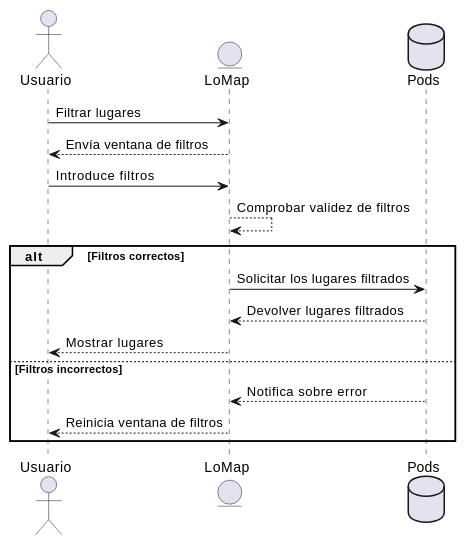
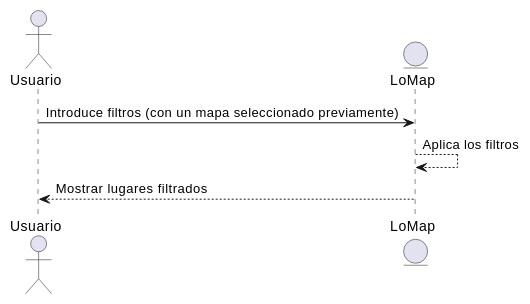
Before and after one commit to Arquisoft/lomap_es3c: the sixth of 16 diagrams in docs/06_runtime_view.adoc, drawn with PlantUML. The commit also changed other lines of this file, not shown here.

```diff
--- a/docs/06_runtime_view.adoc
+++ b/docs/06_runtime_view.adoc
@@ -106,18 +110,8 @@
 [plantuml,"Sequence diagram07",png]
 ----
 actor Usuario
 entity LoMap
-Usuario -> LoMap: Filtrar lugares
-LoMap--> Usuario: Envía ventana de filtros
-Usuario -> LoMap: Introduce filtros
-database Pod as "Pods"
-LoMap--> LoMap: Comprobar validez de filtros
-alt Filtros correctos
-LoMap-> Pod: Solicitar los lugares filtrados
-Pod--> LoMap: Devolver lugares filtrados
-LoMap--> Usuario: Mostrar lugares
-else Filtros incorrectos
-Pod --> LoMap: Notifica sobre error
-LoMap--> Usuario: Reinicia ventana de filtros
-end
+Usuario -> LoMap: Introduce filtros (con un mapa seleccionado previamente)
+LoMap--> LoMap: Aplica los filtros
+LoMap--> Usuario: Mostrar lugares filtrados
 ----
```
